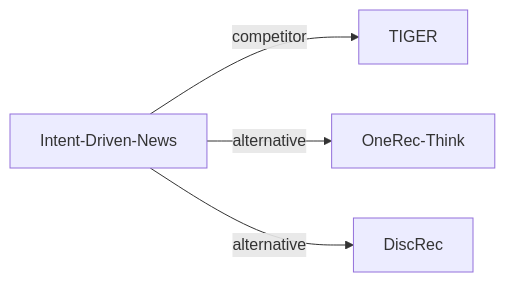
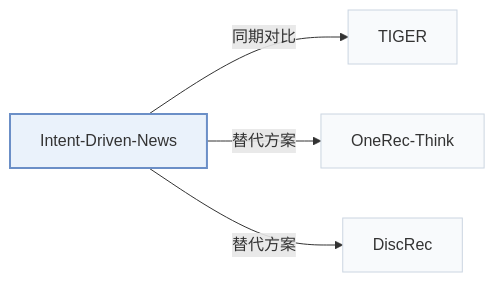
The second of 2 diagrams in pages/zh/papers/intent-driven-news.md (Galaxy-ghost/Awesome-SID-Generative-Rec), drawn with Mermaid before and after one commit. The commit also changed other lines of this file and 649 other files, not shown here.

Commit message:
writer-05: also tags and modality index (schema, check, build, visuals); summary field removed; calibration data for 12 papers

````diff
--- a/pages/zh/papers/intent-driven-news.md
+++ b/pages/zh/papers/intent-driven-news.md
@@ -68,7 +74,11 @@
 ```mermaid
 flowchart LR
     P["Intent-Driven-News"]
-    P -->|competitor| A["TIGER"]
-    P -->|alternative| B["OneRec-Think"]
-    P -->|alternative| C["DiscRec"]
+    P -->|"同期对比"| A["TIGER"]
+    P -->|"替代方案"| B["OneRec-Think"]
+    P -->|"替代方案"| C["DiscRec"]
+    classDef main fill:#eaf2fb,stroke:#6b8fc7,stroke-width:2px
+    classDef peer fill:#f8fafc,stroke:#cbd5e1
+    class P main
+    class A,B,C peer
 ```
````
